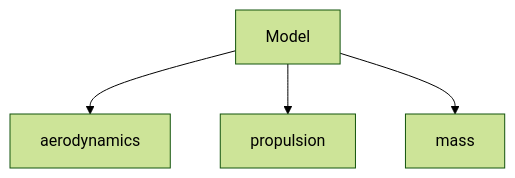
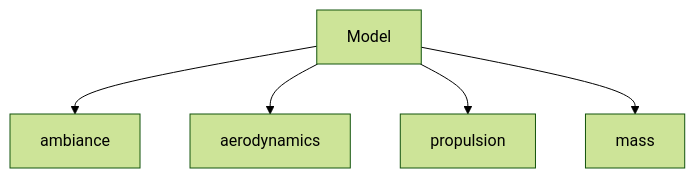
The first of 9 diagrams in docs/source/tutorial/autodoc/model_api.rst (airinnova/model-framework), drawn with Mermaid (forest theme) before and after one commit. The commit also changed other lines of this file and 18 other files, not shown here.

```diff
--- a/docs/source/tutorial/autodoc/model_api.rst
+++ b/docs/source/tutorial/autodoc/model_api.rst
@@ -9,7 +9,8 @@
 .. mermaid::
 
     graph TD
     A[Model]
-    A --> F0[aerodynamics]
-    A --> F1[propulsion]
-    A --> F2[mass]
+    A --> F0[ambiance]
+    A --> F1[aerodynamics]
+    A --> F2[propulsion]
+    A --> F3[mass]
```
